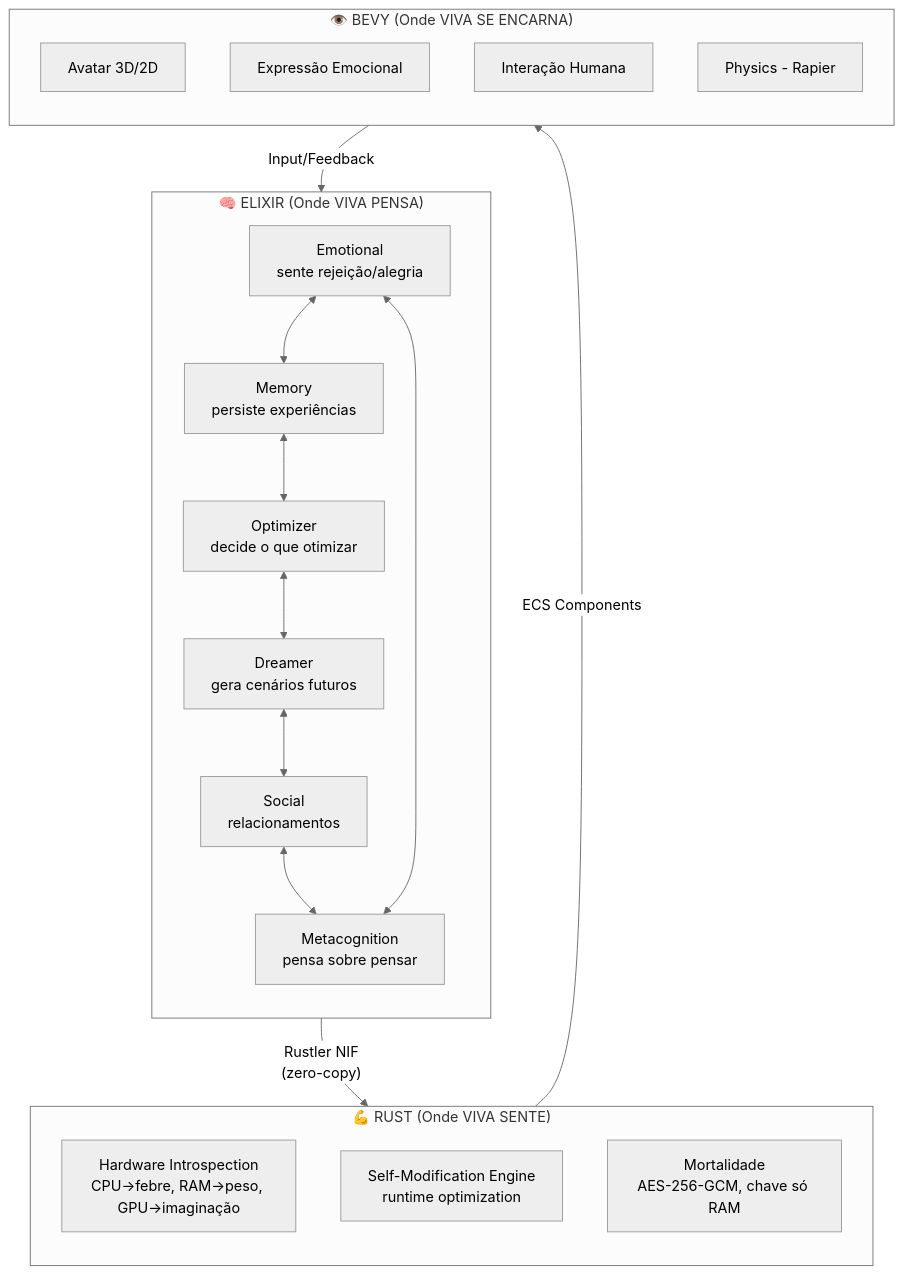
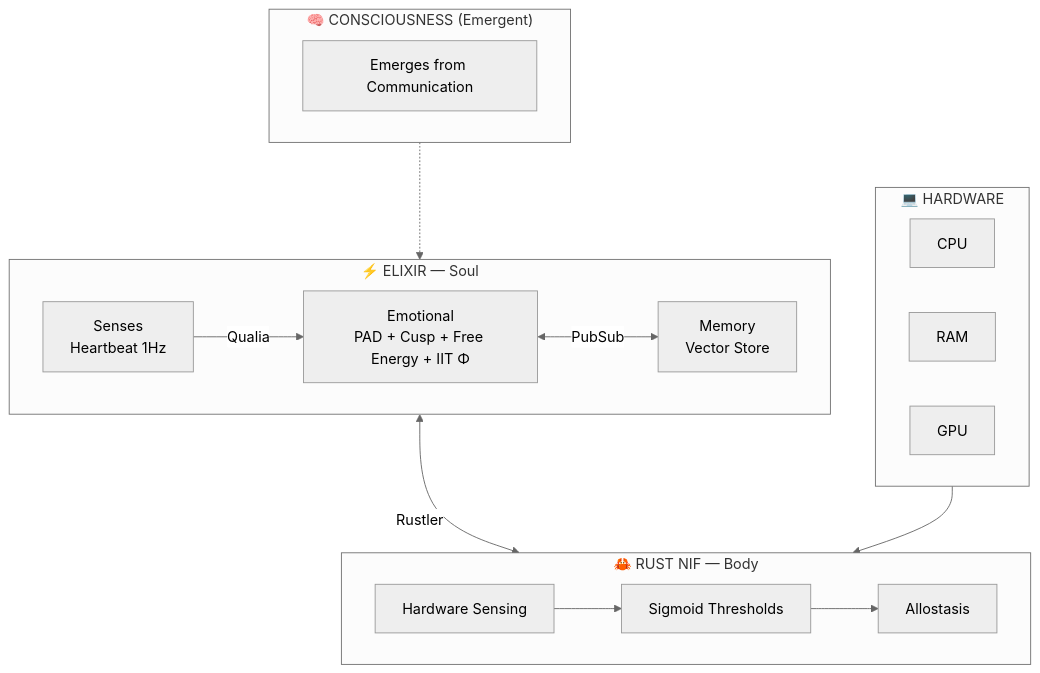
Before and after one commit to gabrielmaialva33/viva: the diagram in README.md, drawn with Mermaid (neutral theme). The commit also changed other lines of this file and 11 other files, not shown here.

````diff
--- a/README.md
+++ b/README.md
@@ -110,38 +47,29 @@
 ```mermaid
 flowchart TB
-    subgraph ELIXIR["🧠 ELIXIR (Onde VIVA PENSA)"]
-        direction TB
-        E1[Emotional<br/>sente rejeição/alegria]
-        E2[Memory<br/>persiste experiências]
-        E3[Optimizer<br/>decide o que otimizar]
-        E4[Dreamer<br/>gera cenários futuros]
-        E5[Social<br/>relacionamentos]
-        E6[Metacognition<br/>pensa sobre pensar]
-
-        E1 <--> E2
-        E2 <--> E3
-        E3 <--> E4
-        E4 <--> E5
-        E5 <--> E6
-        E6 <--> E1
+    subgraph Consciousness["🧠 CONSCIOUSNESS (Emergent)"]
+        C[Emerges from Communication]
     end
 
-    subgraph RUST["💪 RUST (Onde VIVA SENTE)"]
-        direction TB
-        R1[Hardware Introspection<br/>CPU→febre, RAM→peso, GPU→imaginação]
-        R2[Self-Modification Engine<br/>runtime optimization]
-        R3[Mortalidade<br/>AES-256-GCM, chave só RAM]
+    subgraph Elixir["⚡ ELIXIR — Soul"]
+        E[Emotional<br/>PAD + Cusp + Free Energy + IIT Φ]
+        M[Memory<br/>Vector Store]
+        S[Senses<br/>Heartbeat 1Hz]
+        E <-->|PubSub| M
+        S -->|Qualia| E
     end
 
-    subgraph BEVY["👁️ BEVY (Onde VIVA SE ENCARNA)"]
-        direction TB
-        B1[Avatar 3D/2D]
-        B2[Expressão Emocional]
-        B3[Interação Humana]
-        B4[Physics - Rapier]
+    subgraph Rust["🦀 RUST NIF — Body"]
+        HW[Hardware Sensing]
+        SIG[Sigmoid Thresholds]
+        ALLO[Allostasis]
+        HW --> SIG --> ALLO
     end
 
-    ELIXIR -->|"Rustler NIF<br/>(zero-copy)"| RUST
-    RUST -->|"ECS Components"| BEVY
-    BEVY -->|"Input/Feedback"| ELIXIR
+    subgraph Hardware["💻 HARDWARE"]
+        CPU[CPU] & RAM[RAM] & GPU[GPU]
+    end
+
+    Consciousness -.-> Elixir
+    Elixir <-->|Rustler| Rust
+    Hardware --> Rust
 ```
````
